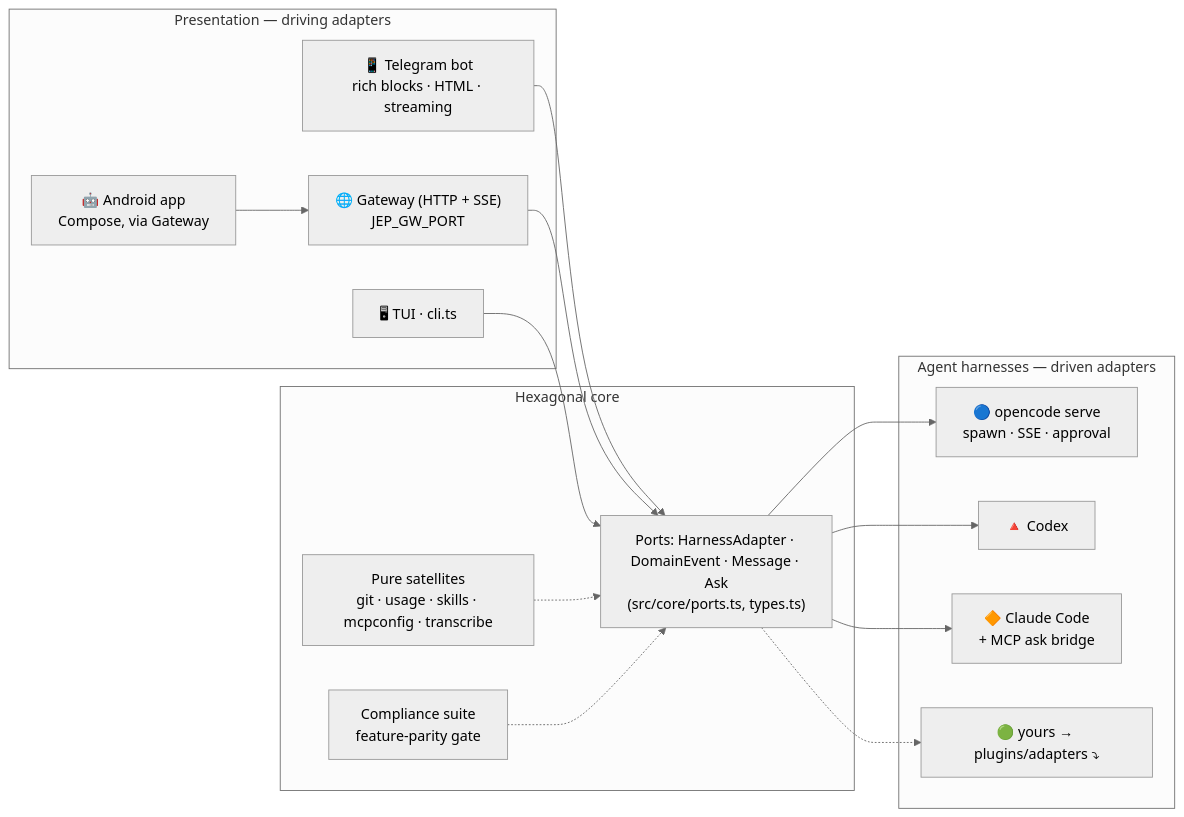
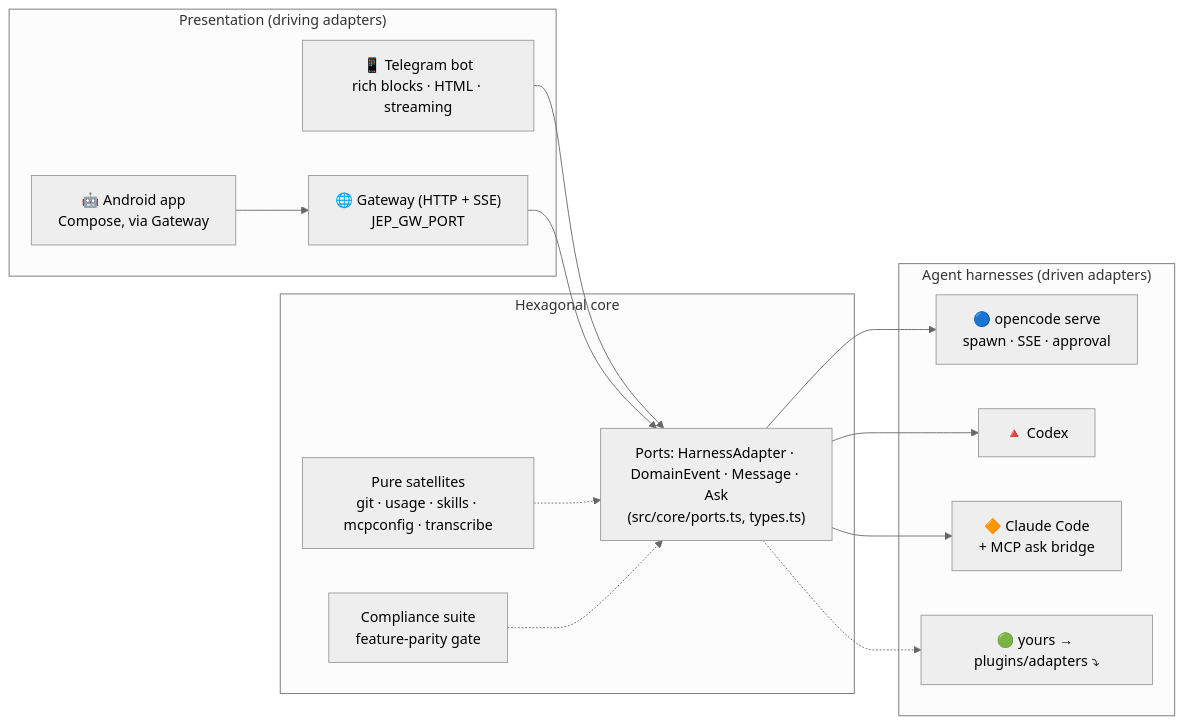
Before and after one commit to tinybig-ai/jep: the diagram in README.md, drawn with Mermaid (neutral theme). The commit also changed other lines of this file and 6 other files, not shown here.

````diff
--- a/README.md
+++ b/README.md
@@ -153,33 +154,31 @@
 ```mermaid
 flowchart LR
     subgraph Core["Hexagonal core"]
         PORTS["Ports: HarnessAdapter · DomainEvent · Message · Ask<br/>(src/core/ports.ts, types.ts)"]
         PURE["Pure satellites<br/>git · usage · skills · mcpconfig · transcribe"]
         COMP["Compliance suite<br/>feature-parity gate"]
     end
 
-    subgraph Harnesses["Agent harnesses — driven adapters"]
+    subgraph Harnesses["Agent harnesses (driven adapters)"]
         OP["🔵 opencode serve<br/>spawn · SSE · approval"]
         CX["🔺 Codex"]
         CL["🔶 Claude Code<br/>+ MCP ask bridge"]
         YO["🟢 yours → plugins/adapters ⤵"]
     end
 
-    subgraph Frontends["Presentation — driving adapters"]
+    subgraph Frontends["Presentation (driving adapters)"]
         TG["📱 Telegram bot<br/>rich blocks · HTML · streaming"]
         GW["🌐 Gateway (HTTP + SSE)<br/>JEP_GW_PORT"]
-        TUI["🖥 TUI · cli.ts"]
         AND["🤖 Android app<br/>Compose, via Gateway"]
     end
 
     TG --> PORTS
     GW --> PORTS
-    TUI --> PORTS
     AND --> GW
     PORTS --> OP
     PORTS --> CX
     PORTS --> CL
     PORTS -.-> YO
     PURE -.-> PORTS
     COMP -.-> PORTS
 ```
````
